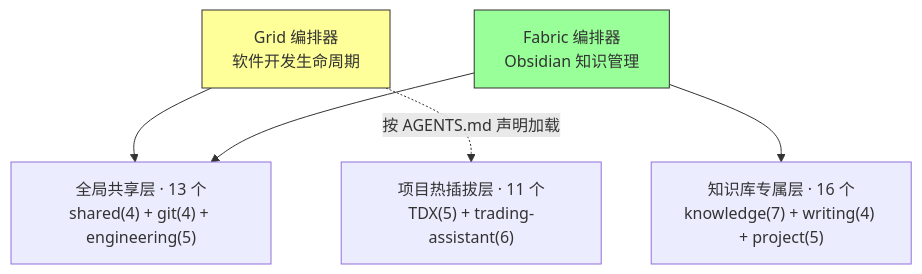
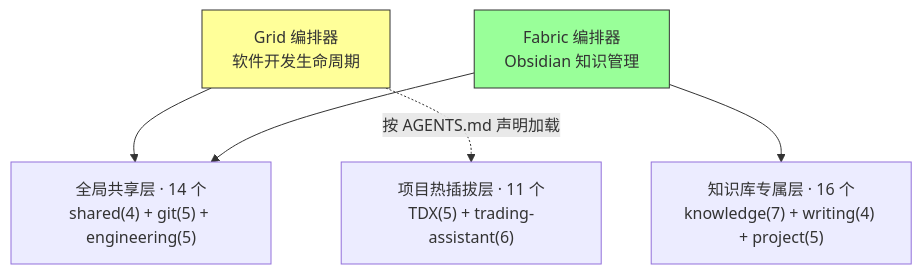
The first of 3 diagrams in README.md (Grid0723/skills), drawn with Mermaid before and after one commit. The commit also changed other lines of this file and 4 other files, not shown here.

````diff
--- a/README.md
+++ b/README.md
@@ -46,16 +46,16 @@
 ```mermaid
 graph TB
     GRID["Grid 编排器<br/>软件开发生命周期"]
     FAB["Fabric 编排器<br/>Obsidian 知识管理"]
-    SHARED["全局共享层 · 13 个<br/>shared(4) + git(4) + engineering(5)"]
+    SHARED["全局共享层 · 14 个<br/>shared(4) + git(5) + engineering(5)"]
     VAULT["知识库专属层 · 16 个<br/>knowledge(7) + writing(4) + project(5)"]
     PROJ["项目热插拔层 · 11 个<br/>TDX(5) + trading-assistant(6)"]
 
     GRID --> SHARED
     FAB --> SHARED
     FAB --> VAULT
     GRID -.->|按 AGENTS.md 声明加载| PROJ
 
     style GRID fill:#ff9,stroke:#333
     style FAB fill:#9f9,stroke:#333
 ```
````
